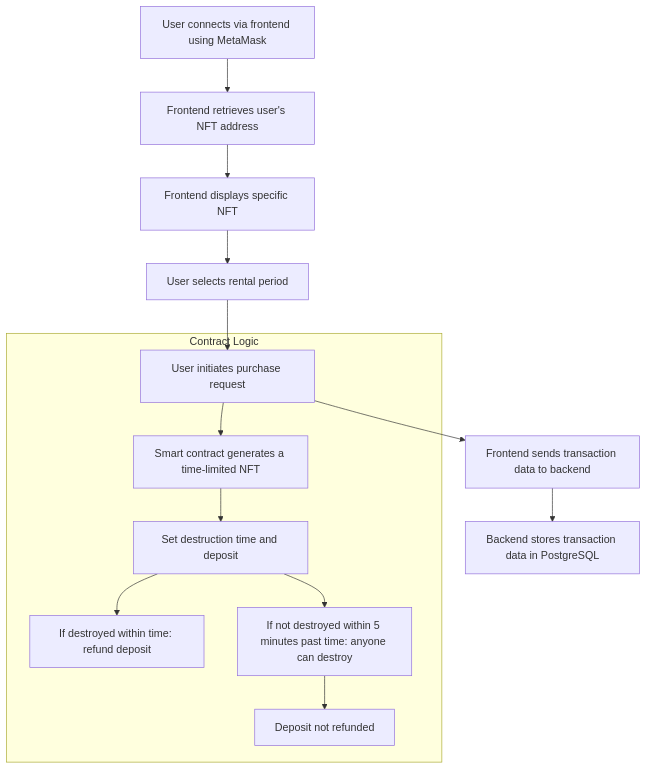
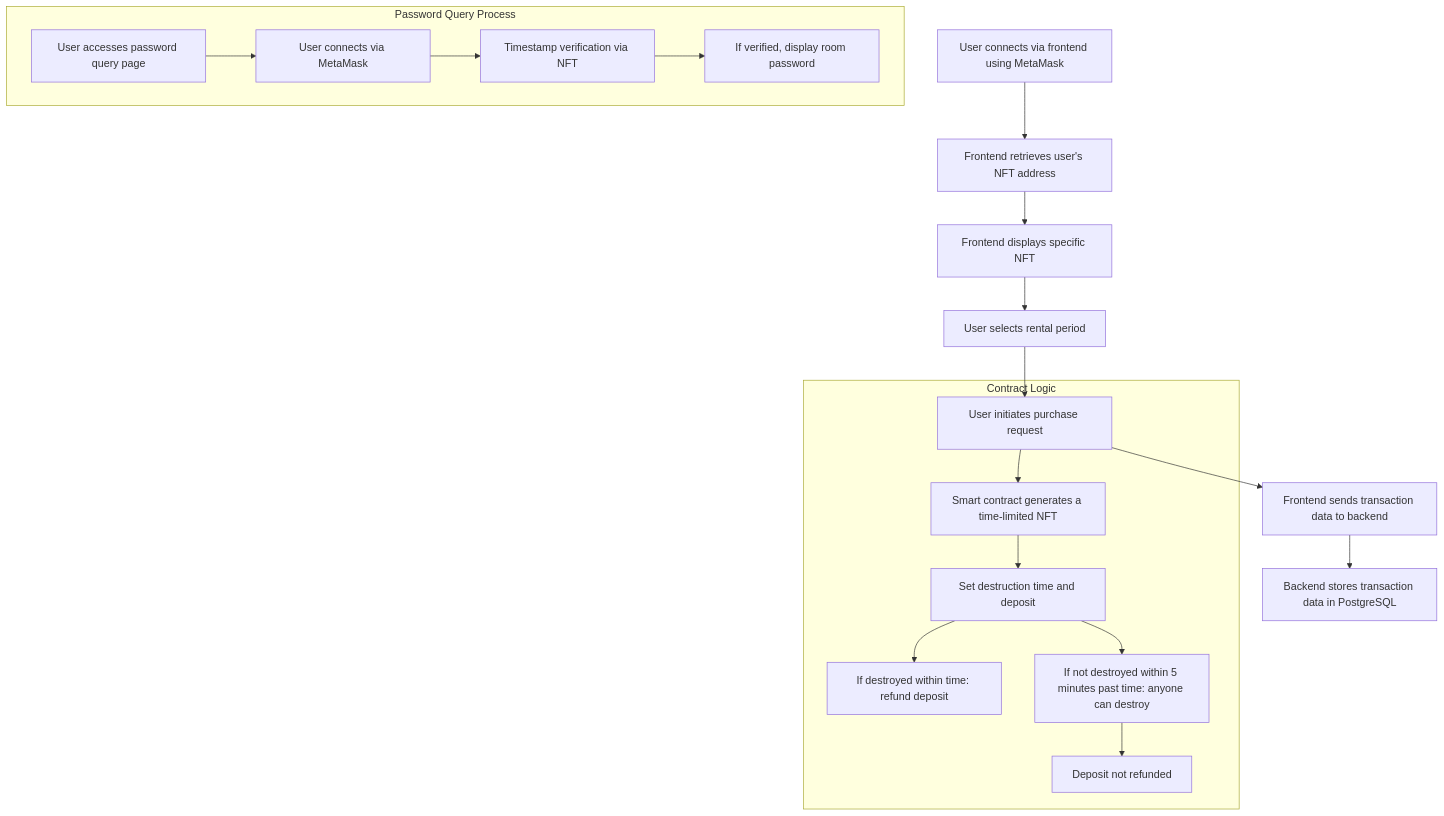
Before and after one commit to vski5/DiagonAlley: the diagram in README.md, drawn with Mermaid. The commit also changed other lines of this file and 1 other file, not shown here.

Commit message:
修正readme

````diff
--- a/README.md
+++ b/README.md
@@ -22,20 +22,26 @@
 ```mermaid
 
 graph TD
     A[User connects via frontend using MetaMask] --> B[Frontend retrieves user's NFT address]
     B --> C[Frontend displays specific NFT]
     C --> D[User selects rental period]
     D --> E[User initiates purchase request]
     
     subgraph Contract Logic
         E --> F[Smart contract generates a time-limited NFT]
         F --> G[Set destruction time and deposit]
         G --> H[If destroyed within time: refund deposit]
         G --> I[If not destroyed within 5 minutes past time: anyone can destroy]
         I --> J[Deposit not refunded]
     end
     
     E --> K[Frontend sends transaction data to backend]
     K --> L[Backend stores transaction data in PostgreSQL]
 
+    subgraph Password Query Process
+        M[User accesses password query page] --> N[User connects via MetaMask]
+        N --> O[Timestamp verification via NFT]
+        O --> P[If verified, display room password]
+    end
+
 ```
````
